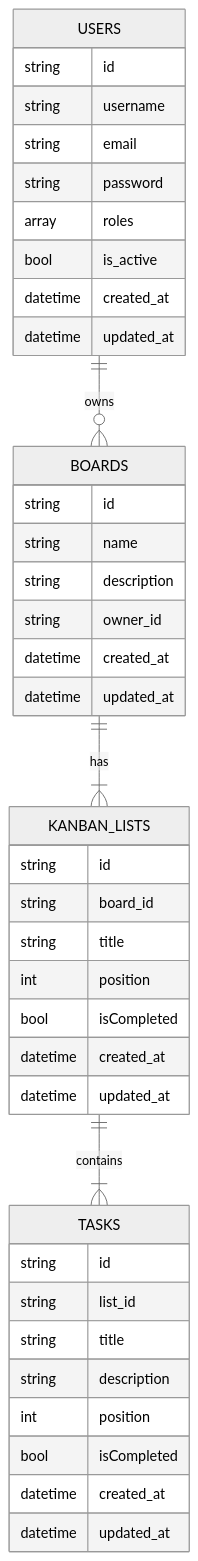
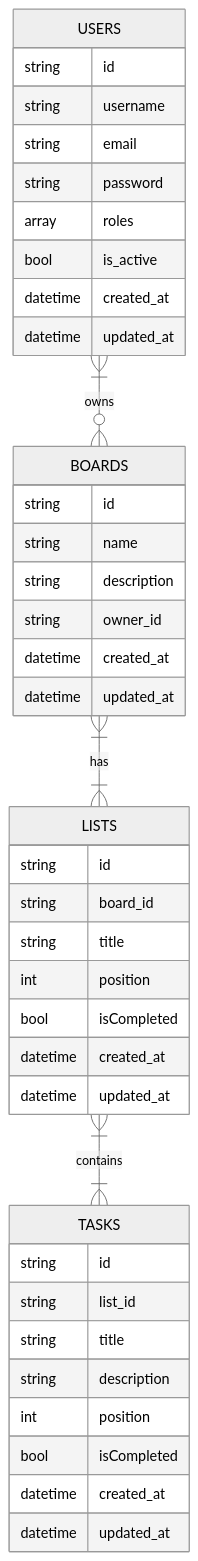
The diagram in README.md (tidjee-dev/sf-kanban), drawn with Mermaid (neutral theme) before and after one commit. The commit also changed other lines of this file, not shown here.

Commit message:
📖 DOC: update README.md

````diff
--- a/README.md
+++ b/README.md
@@ -87,44 +87,44 @@
 ```mermaid
 erDiagram
     USERS {
       string id
       string username
       string email
       string password
       array roles
       bool is_active
       datetime created_at
       datetime updated_at
     }
     BOARDS {
       string id
       string name
       string description
       string owner_id
       datetime created_at
       datetime updated_at
     }
-    KANBAN_LISTS {
+    LISTS {
       string id
       string board_id
       string title
       int position
       bool isCompleted
       datetime created_at
       datetime updated_at
     }
     TASKS {
       string id
       string list_id
       string title
       string description
       int position
       bool isCompleted
       datetime created_at
       datetime updated_at
     }
 
-    USERS ||--o{ BOARDS : "owns"
-    BOARDS ||--|{ KANBAN_LISTS : "has"
-    KANBAN_LISTS ||--|{ TASKS : "contains"
+    USERS }|--o{ BOARDS : "owns"
+    BOARDS }|--|{ LISTS : "has"
+    LISTS }|--|{ TASKS : "contains"
 ```
````
